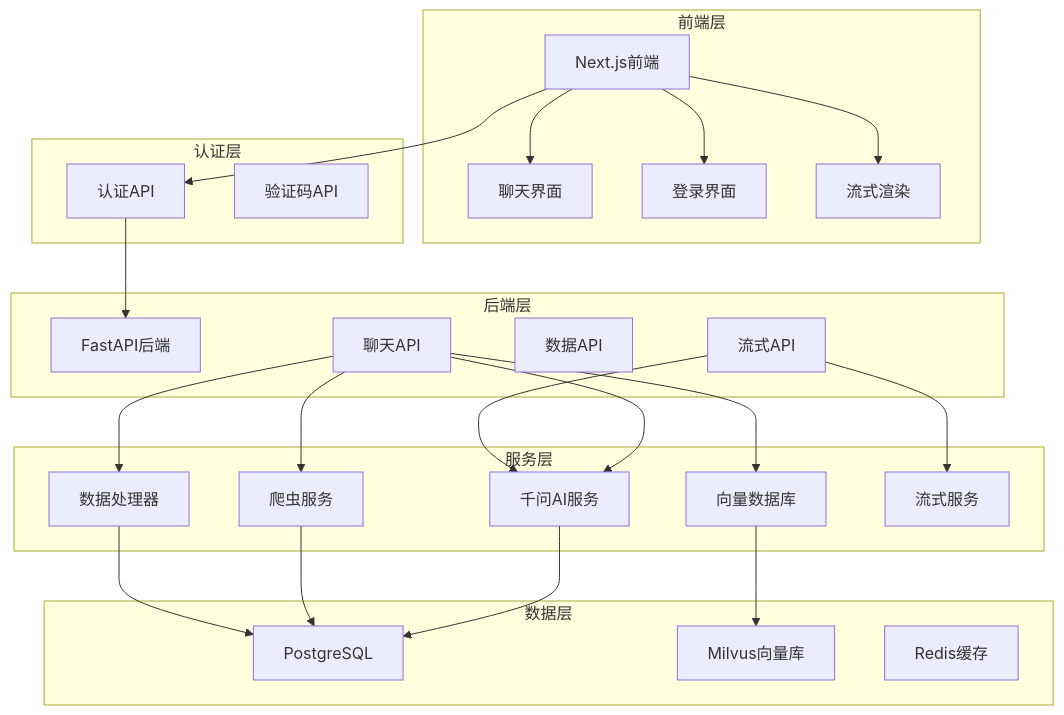
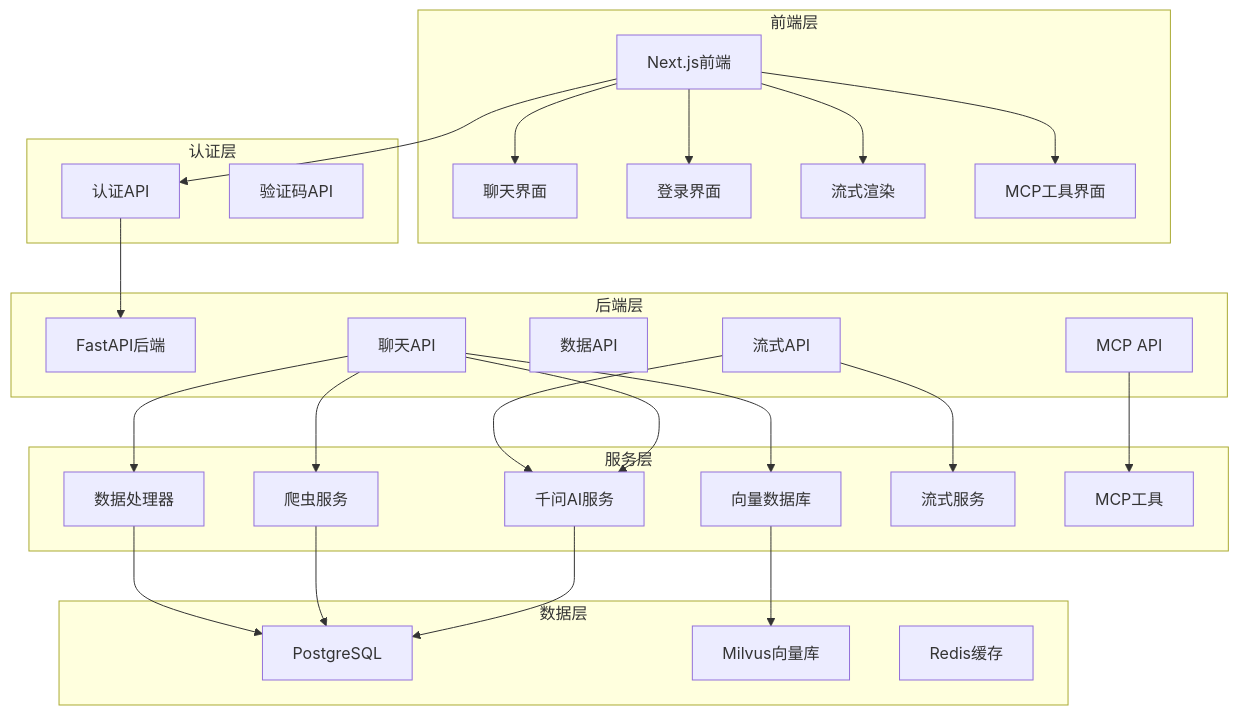
One commit to ghbbn053-ship-itsoulddog/soulddog changed the first of 10 diagrams in .qoder/repowiki/zh/content/后端API文档/聊天API增强.md. Above: the diagram before and after it, drawn with Mermaid. The commit also changed other lines of this file and 10 other files, not shown here.

````diff
--- a/.qoder/repowiki/zh/content/后端API文档/聊天API增强.md
+++ b/.qoder/repowiki/zh/content/后端API文档/聊天API增强.md
@@ -61,46 +70,51 @@
 ```mermaid
 graph TB
 subgraph "前端层"
 FE[Next.js前端]
 ChatUI[聊天界面]
 LoginUI[登录界面]
 StreamUI[流式渲染]
+MCPUI[MCP工具界面]
 end
 subgraph "认证层"
 AuthAPI[认证API]
 CaptchaAPI[验证码API]
 end
 subgraph "后端层"
 API[FastAPI后端]
 ChatAPI[聊天API]
 DataAPI[数据API]
 StreamAPI[流式API]
+MCPAPI[MCP API]
 end
 subgraph "服务层"
 Qwen[千问AI服务]
 Vector[向量数据库]
 Scraper[爬虫服务]
 Processor[数据处理器]
 StreamSvc[流式服务]
+MCPTools[MCP工具]
 end
 subgraph "数据层"
 Postgres[PostgreSQL]
 Milvus[Milvus向量库]
 Redis[Redis缓存]
 end
 FE --> AuthAPI
 FE --> ChatUI
 FE --> LoginUI
 FE --> StreamUI
+FE --> MCPUI
 AuthAPI --> API
 ChatAPI --> Qwen
 ChatAPI --> Vector
 ChatAPI --> Scraper
 ChatAPI --> Processor
 StreamAPI --> StreamSvc
 StreamAPI --> Qwen
+MCPAPI --> MCPTools
 Qwen --> Postgres
 Scraper --> Postgres
 Vector --> Milvus
 Processor --> Postgres
 ```
````
